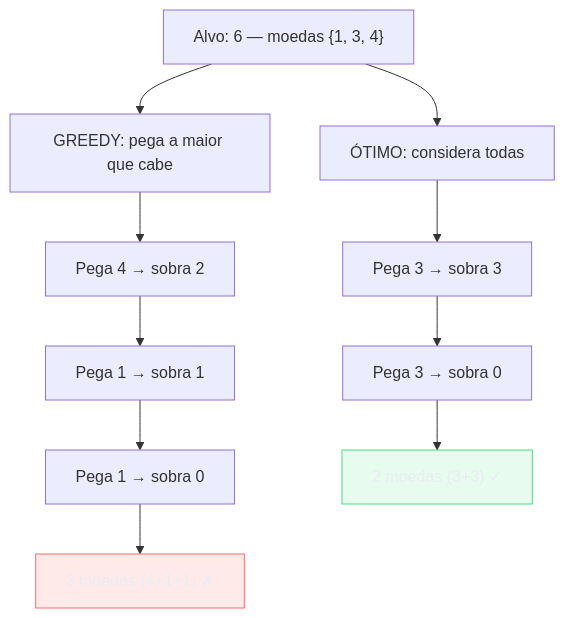
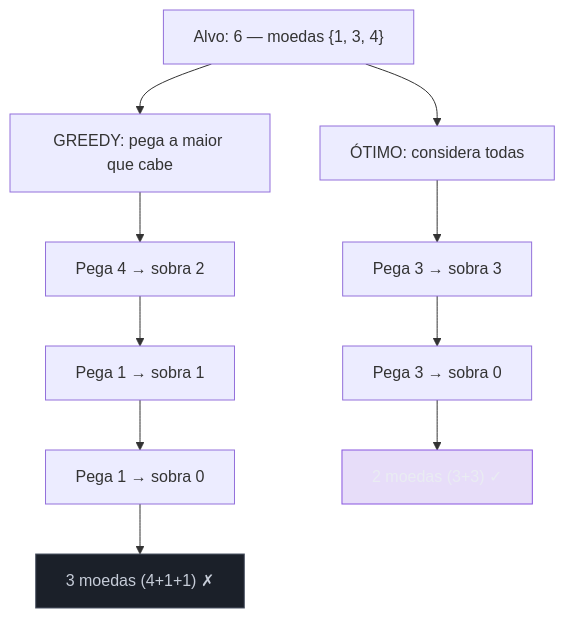
The fourth of 6 diagrams in 03-Dominios/Ciência/Algoritmos/11 - Greedy.md (josenaldo/codex-technomanticus), drawn with Mermaid before and after one commit. The commit also changed other lines of this file and 601 other files, not shown here.

````diff
--- a/03-Dominios/Ciência/Algoritmos/11 - Greedy.md
+++ b/03-Dominios/Ciência/Algoritmos/11 - Greedy.md
@@ -198,20 +197,20 @@
 ```mermaid
 flowchart TD
-    classDef falha fill:#FF6B6B24,stroke:#FF6B6B,color:#E9ECF2
-    classDef ok fill:#4ADE8021,stroke:#4ADE80,color:#E9ECF2
+    classDef marca fill:#8855DF33,stroke:#8855DF,color:#E9ECF2
+    classDef neutro fill:#1B2029,stroke:#4E5666,color:#C6CCD8
     Alvo["Alvo: 6 — moedas {1, 3, 4}"]
     Alvo --> G["GREEDY: pega a maior que cabe"]
     Alvo --> O["ÓTIMO: considera todas"]
 
     G --> G1["Pega 4 → sobra 2"]
     G1 --> G2["Pega 1 → sobra 1"]
     G2 --> G3["Pega 1 → sobra 0"]
     G3 --> GR["3 moedas (4+1+1) ✗"]
 
     O --> O1["Pega 3 → sobra 3"]
     O1 --> O2["Pega 3 → sobra 0"]
     O2 --> OR["2 moedas (3+3) ✓"]
 
-    class GR falha
-    class OR ok
+    class GR neutro
+    class OR marca
 ```
````
